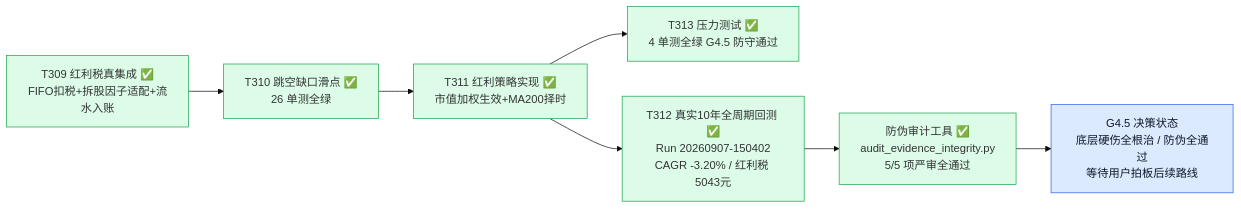
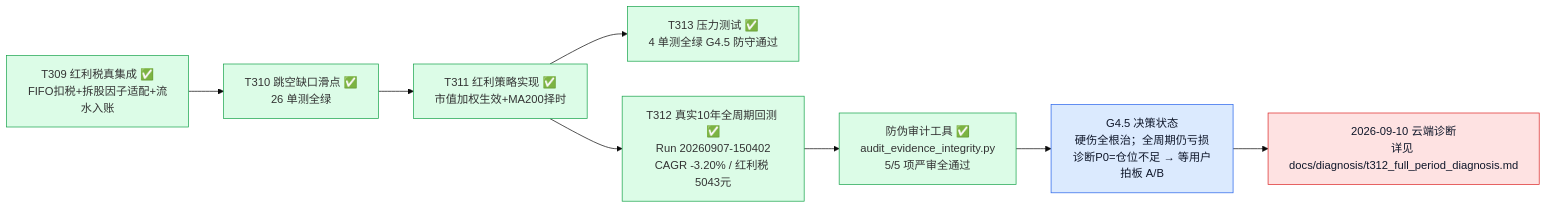
Before and after one commit to YZml1507/FinAI2.0: the third of 6 diagrams in docs/project_status_flowchart.md, drawn with Mermaid (base theme). The commit also changed other lines of this file and 7 other files, not shown here.

````diff
--- a/docs/project_status_flowchart.md
+++ b/docs/project_status_flowchart.md
@@ -59,16 +65,18 @@
 ```mermaid
 flowchart LR
   T309["T309 红利税真集成 ✅<br/>FIFO扣税+拆股因子适配+流水入账"] --> T310["T310 跳空缺口滑点 ✅<br/>26 单测全绿"]
   T310 --> T311["T311 红利策略实现 ✅<br/>市值加权生效+MA200择时"]
   T311 --> T313["T313 压力测试 ✅<br/>4 单测全绿 G4.5 防守通过"]
   T311 --> T312["T312 真实10年全周期回测 ✅<br/>Run 20260907-150402<br/>CAGR -3.20% / 红利税 5043元"]
   T312 --> AUDIT["防伪审计工具 ✅<br/>audit_evidence_integrity.py<br/>5/5 项严审全通过"]
-  AUDIT --> G45["G4.5 决策状态<br/>底层硬伤全根治 / 防伪全通过<br/>等待用户拍板后续路线"]
+  AUDIT --> G45["G4.5 决策状态<br/>硬伤全根治；全周期仍亏损<br/>诊断P0=仓位不足 → 等用户拍板 A/B"]
+  G45 --> DIAG2["2026-09-10 云端诊断<br/>详见 docs/diagnosis/t312_full_period_diagnosis.md"]
   style T309 fill:#dcfce7,stroke:#16a34a
   style T310 fill:#dcfce7,stroke:#16a34a
   style T311 fill:#dcfce7,stroke:#16a34a
   style T313 fill:#dcfce7,stroke:#16a34a
   style T312 fill:#dcfce7,stroke:#16a34a
   style AUDIT fill:#dcfce7,stroke:#16a34a
   style G45 fill:#dbeafe,stroke:#2563eb,color:#0f172a
+  style DIAG2 fill:#fee2e2,stroke:#dc2626,color:#0f172a
 ```
````
